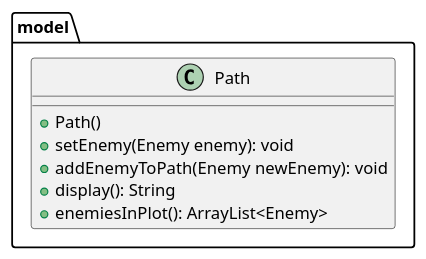
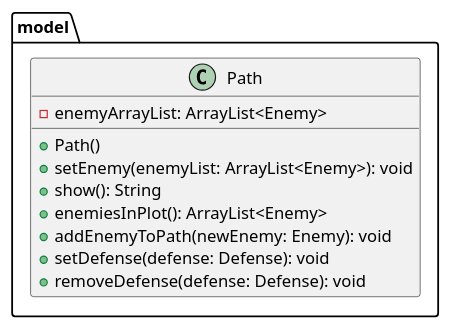
The diagram in diagrams/classes/algoDefense/model/gameboard/Path.puml (alejandrodelcs/algo3_tp2), drawn with PlantUML before and after one commit. The commit also changed 63 other files, not shown here.

Commit message:
Every single class diagram done

```diff
--- a/diagrams/classes/algoDefense/model/gameboard/Path.puml
+++ b/diagrams/classes/algoDefense/model/gameboard/Path.puml
@@ -1,14 +1,17 @@
 @startuml
 'https://plantuml.com/class-diagram
 
 package model {
     class Path {
-        + Path()
-        + setEnemy(Enemy enemy): void
-        + addEnemyToPath(Enemy newEnemy): void
-        + display(): String
-        + enemiesInPlot(): ArrayList<Enemy>
+      - enemyArrayList: ArrayList<Enemy>
+      + Path()
+      + setEnemy(enemyList: ArrayList<Enemy>): void
+      + show(): String
+      + enemiesInPlot(): ArrayList<Enemy>
+      + addEnemyToPath(newEnemy: Enemy): void
+      + setDefense(defense: Defense): void
+      + removeDefense(defense: Defense): void
     }
 }
 
 @enduml
```
